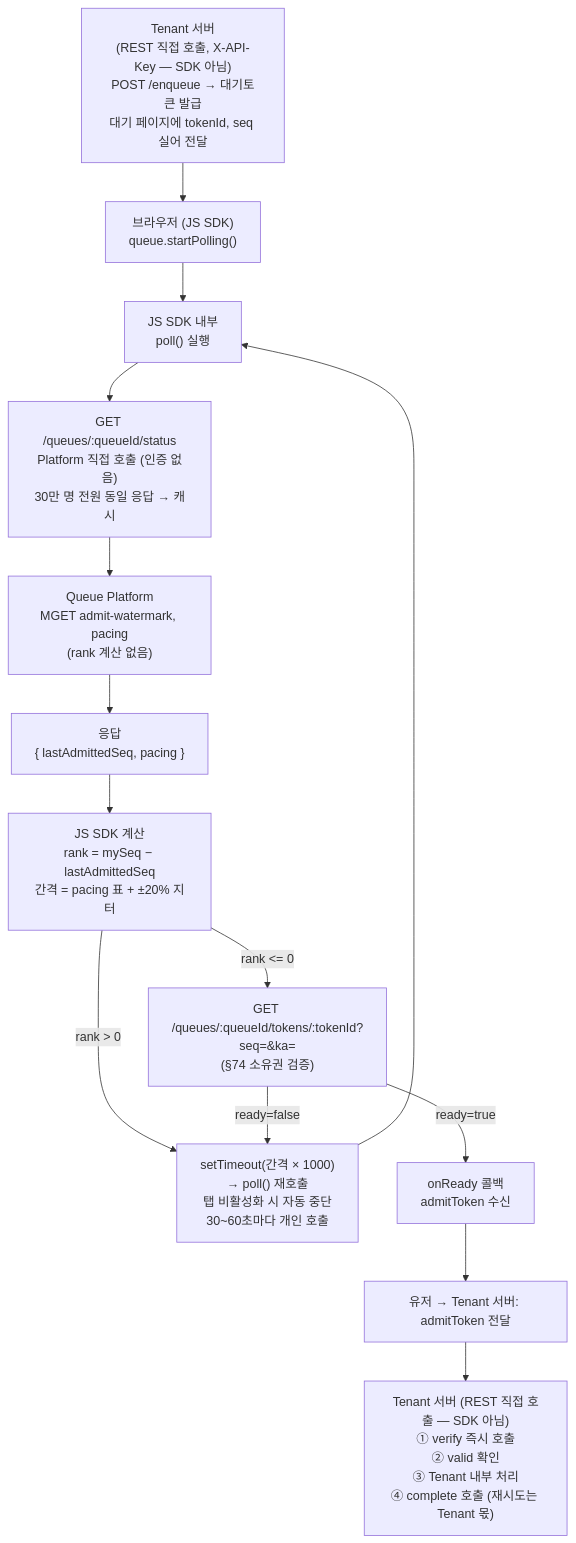
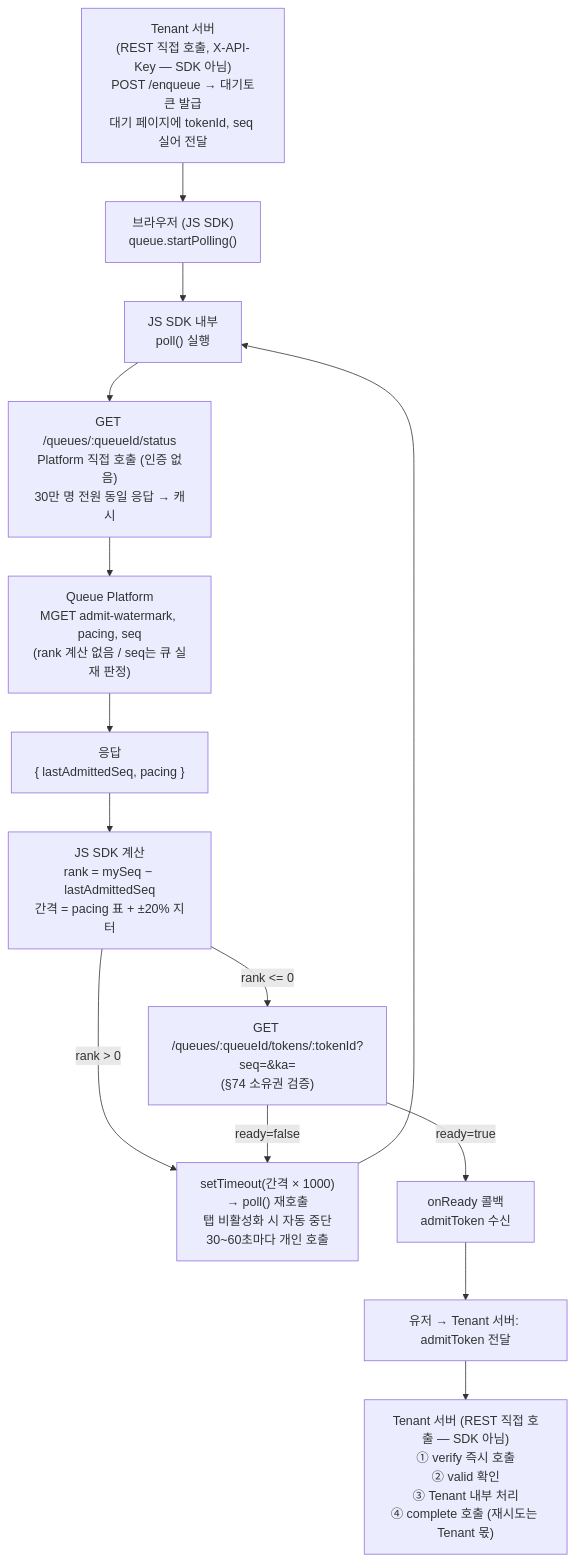
The seventh of 8 diagrams in doc/FLOW.md (S-Onix/queue-platform), drawn with Mermaid before and after one commit. The commit also changed other lines of this file and 14 other files, not shown here.

````diff
--- a/doc/FLOW.md
+++ b/doc/FLOW.md
@@ -300,20 +290,20 @@
 ```mermaid
 flowchart TD
     TENANT["Tenant 서버\n(REST 직접 호출, X-API-Key — SDK 아님)\nPOST /enqueue → 대기토큰 발급\n대기 페이지에 tokenId, seq 실어 전달"]
     --> CLIENT["브라우저 (JS SDK)\nqueue.startPolling()"]
 
     CLIENT --> POLL["JS SDK 내부\npoll() 실행"]
     --> REQ["GET /queues/:queueId/status\nPlatform 직접 호출 (인증 없음)\n30만 명 전원 동일 응답 → 캐시"]
-    --> PLATFORM["Queue Platform\nMGET admit-watermark, pacing\n(rank 계산 없음)"]
+    --> PLATFORM["Queue Platform\nMGET admit-watermark, pacing, seq\n(rank 계산 없음 / seq는 큐 실재 판정)"]
     --> RESP["응답\n{ lastAdmittedSeq, pacing }"]
 
     RESP --> CALC["JS SDK 계산\nrank = mySeq − lastAdmittedSeq\n간격 = pacing 표 + ±20% 지터"]
     CALC -->|"rank > 0"| TIMER["setTimeout(간격 × 1000)\n→ poll() 재호출\n탭 비활성화 시 자동 중단\n30~60초마다 개인 호출"]
     TIMER --> POLL
 
     CALC -->|"rank <= 0"| ME["GET /queues/:queueId/tokens/:tokenId?seq=&ka=\n(§74 소유권 검증)"]
     ME -->|"ready=false"| TIMER
     ME -->|"ready=true"| CB["onReady 콜백\nadmitToken 수신"]
     --> SEND["유저 → Tenant 서버: admitToken 전달"]
     --> TENANT2["Tenant 서버 (REST 직접 호출 — SDK 아님)\n① verify 즉시 호출\n② valid 확인\n③ Tenant 내부 처리\n④ complete 호출 (재시도는 Tenant 몫)"]
 ```
````
